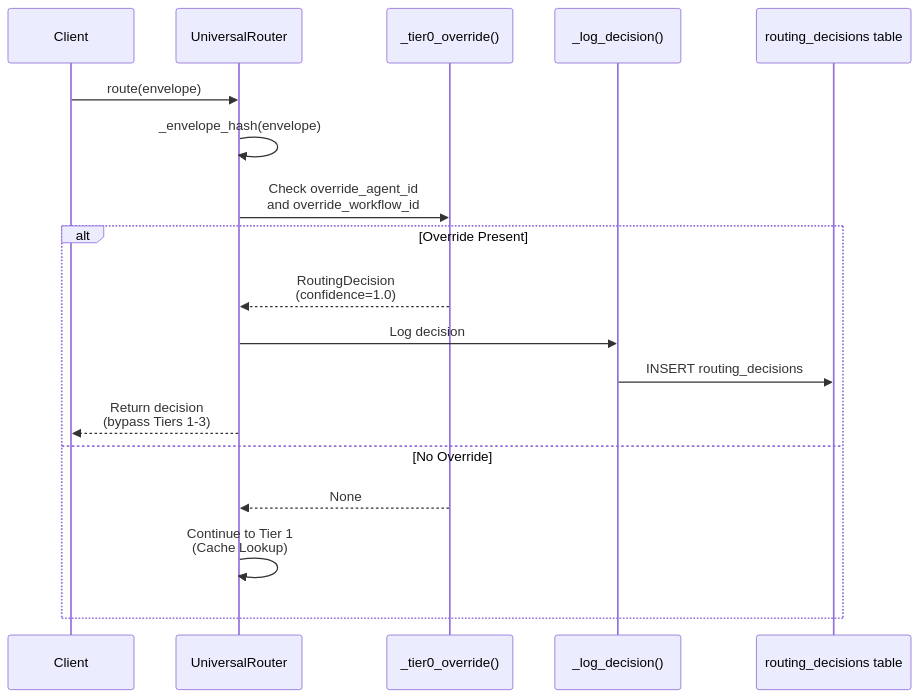
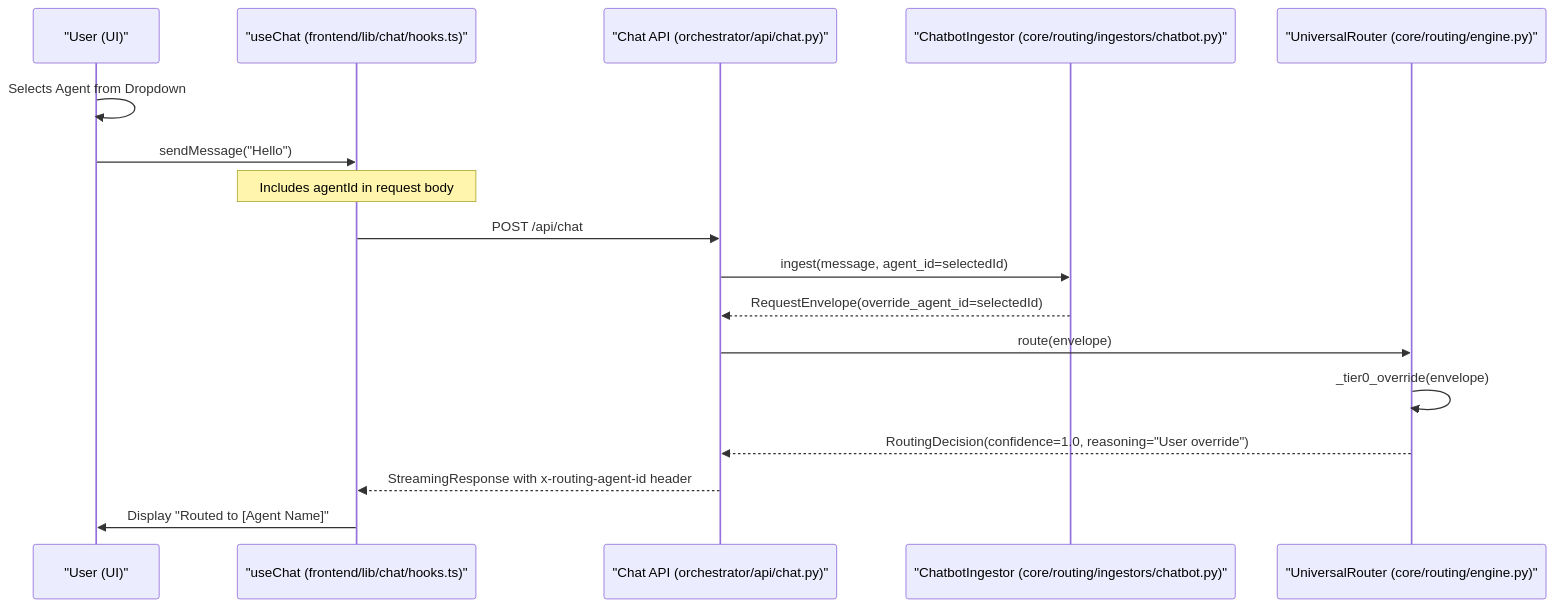
One commit to AutomatosAI/automatos-ai changed the second of 3 diagrams in docs/universal-router/tier-0-user-overrides.md. Above: the diagram before and after it, drawn with Mermaid. The commit also changed other lines of this file and 149 other files, not shown here.

Commit message:
docs: refresh documentation with graphify semantic scan

````diff
--- a/docs/universal-router/tier-0-user-overrides.md
+++ b/docs/universal-router/tier-0-user-overrides.md
@@ -167,22 +123,20 @@
 ```mermaid
 sequenceDiagram
-    participant Client
-    participant UniversalRouter
-    participant Tier0 as _tier0_override()
-    participant DecisionLog as _log_decision()
-    participant DB as routing_decisions table
-    
-    Client->>UniversalRouter: route(envelope)
-    UniversalRouter->>UniversalRouter: _envelope_hash(envelope)
-    UniversalRouter->>Tier0: Check override_agent_id<br/>and override_workflow_id
-    
-    alt Override Present
-        Tier0-->>UniversalRouter: RoutingDecision<br/>(confidence=1.0)
-        UniversalRouter->>DecisionLog: Log decision
-        DecisionLog->>DB: INSERT routing_decisions
-        UniversalRouter-->>Client: Return decision<br/>(bypass Tiers 1-3)
-    else No Override
-        Tier0-->>UniversalRouter: None
-        UniversalRouter->>UniversalRouter: Continue to Tier 1<br/>(Cache Lookup)
-    end
+    participant User as "User (UI)"
+    participant Hook as "useChat (frontend/lib/chat/hooks.ts)"
+    participant API as "Chat API (orchestrator/api/chat.py)"
+    participant Ingestor as "ChatbotIngestor (core/routing/ingestors/chatbot.py)"
+    participant Router as "UniversalRouter (core/routing/engine.py)"
+
+    User->>User: Selects Agent from Dropdown
+    User->>Hook: sendMessage("Hello")
+    Note over Hook: Includes agentId in request body
+    Hook->>API: POST /api/chat
+    API->>Ingestor: ingest(message, agent_id=selectedId)
+    Ingestor-->>API: RequestEnvelope(override_agent_id=selectedId)
+    API->>Router: route(envelope)
+    Router->>Router: _tier0_override(envelope)
+    Router-->>API: RoutingDecision(confidence=1.0, reasoning="User override")
+    API-->>Hook: StreamingResponse with x-routing-agent-id header
+    Hook->>User: Display "Routed to [Agent Name]"
 ```
````
